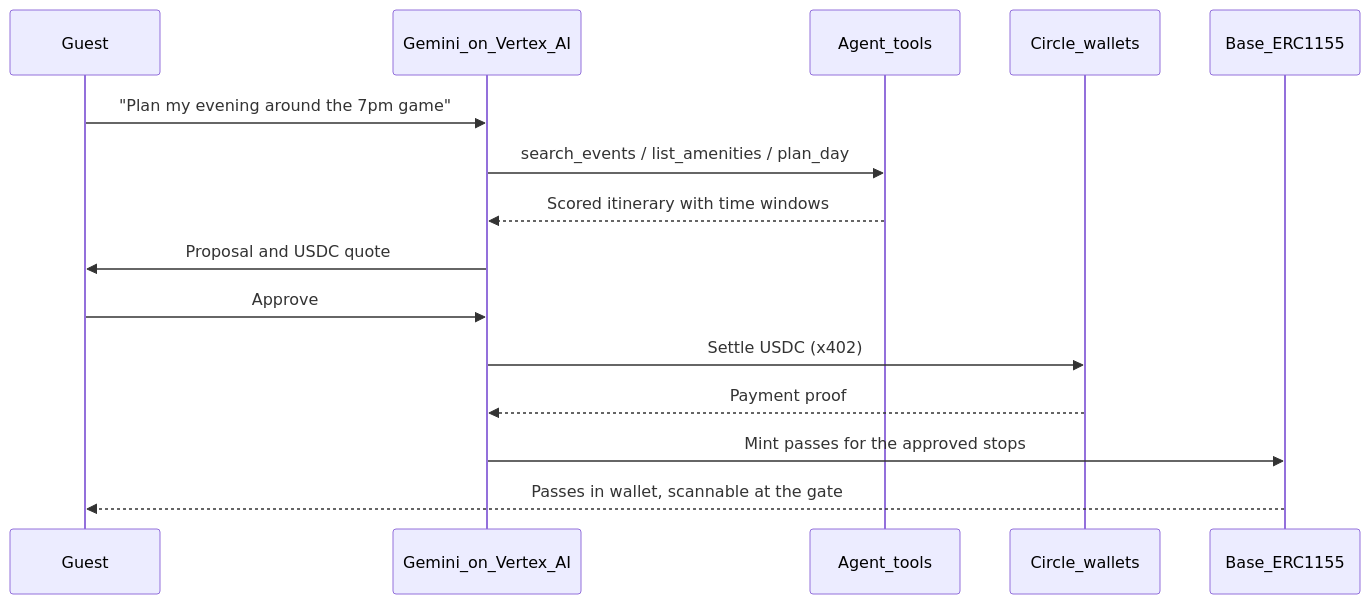
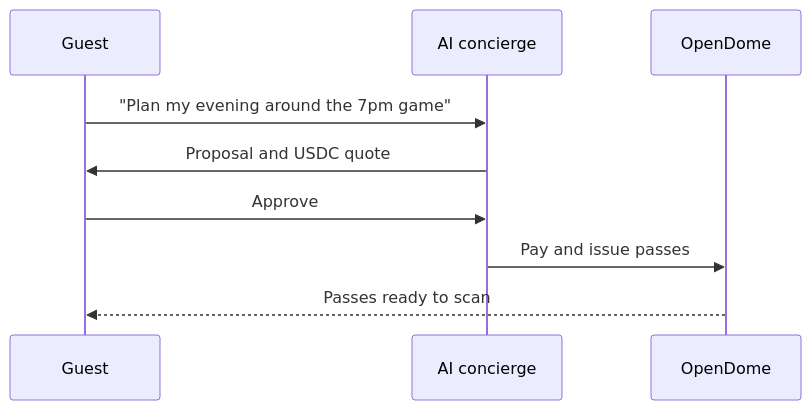
One commit to Effisend-Labs/Open-Dome changed the third of 6 diagrams in README.md. Above: the diagram before and after it, drawn with Mermaid. The commit also changed other lines of this file and 2 other files, not shown here.

First line of the commit message:
Clarify guest App vs developer Sandbox paths and simplify docs.

````diff
--- a/README.md
+++ b/README.md
@@ -79,18 +131,12 @@
 ```mermaid
 sequenceDiagram
   participant Guest
-  participant Agent as Gemini_on_Vertex_AI
-  participant Tools as Agent_tools
-  participant Circle as Circle_wallets
-  participant Chain as Base_ERC1155
+  participant Agent as AI concierge
+  participant Platform as OpenDome
 
   Guest->>Agent: "Plan my evening around the 7pm game"
-  Agent->>Tools: search_events / list_amenities / plan_day
-  Tools-->>Agent: Scored itinerary with time windows
   Agent->>Guest: Proposal and USDC quote
   Guest->>Agent: Approve
-  Agent->>Circle: Settle USDC (x402)
-  Circle-->>Agent: Payment proof
-  Agent->>Chain: Mint passes for the approved stops
-  Chain-->>Guest: Passes in wallet, scannable at the gate
+  Agent->>Platform: Pay and issue passes
+  Platform-->>Guest: Passes ready to scan
 ```
````
